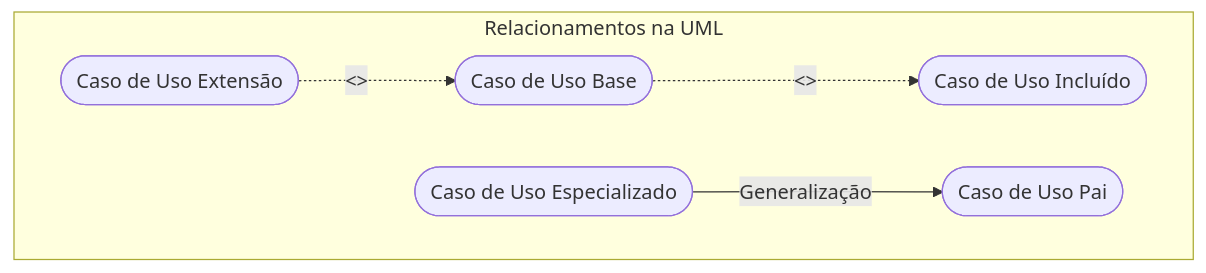
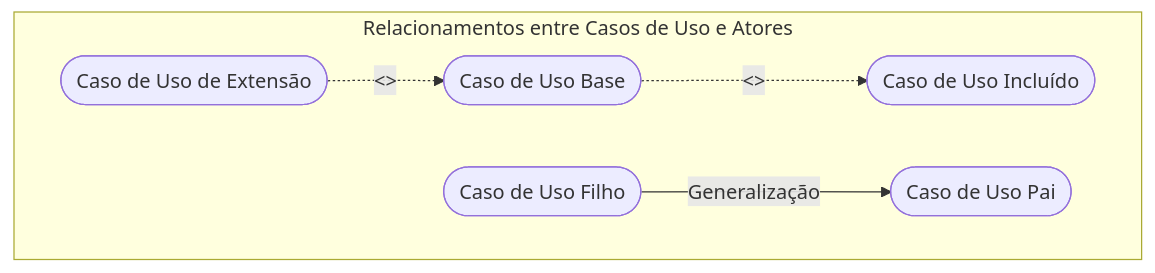
Before and after one commit to murilolol/unifef: diagram 14 of 28 in 4º Semestre/[Prof. Wesley Soares] Engenharia de Software II/Resumos-IA/Caderno-Consolidado.md, drawn with Mermaid. The commit also changed other lines of this file and 40 other files, not shown here.

````diff
--- a/4º Semestre/[Prof. Wesley Soares] Engenharia de Software II/Resumos-IA/Caderno-Consolidado.md
+++ b/4º Semestre/[Prof. Wesley Soares] Engenharia de Software II/Resumos-IA/Caderno-Consolidado.md
@@ -555,14 +628,14 @@
 ```mermaid
 flowchart TD
-    subgraph Relacionamentos["Relacionamentos na UML"]
+    subgraph RelacionamentosUML["Relacionamentos entre Casos de Uso e Atores"]
         Base(["Caso de Uso Base"])
         Inc(["Caso de Uso Incluído"])
-        Ext(["Caso de Uso Extensão"])
+        Ext(["Caso de Uso de Extensão"])
         Pai(["Caso de Uso Pai"])
-        Filho(["Caso de Uso Especializado"])
+        Filho(["Caso de Uso Filho"])
 
         Base -.->|"<<include>>"| Inc
         Ext -.->|"<<extend>>"| Base
         Filho -->|"Generalização"| Pai
     end
 ```
````
